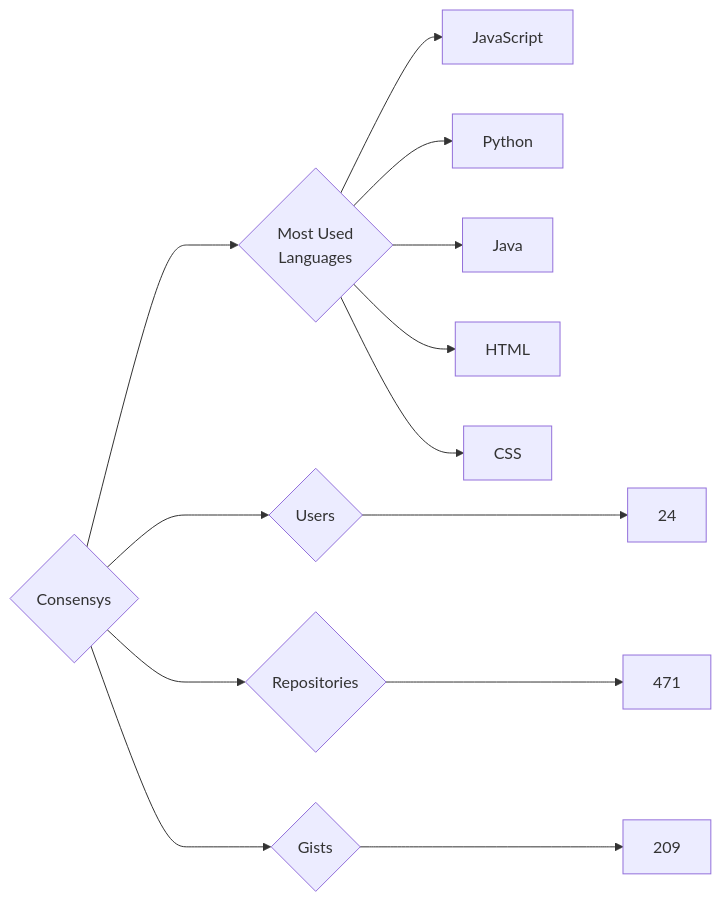
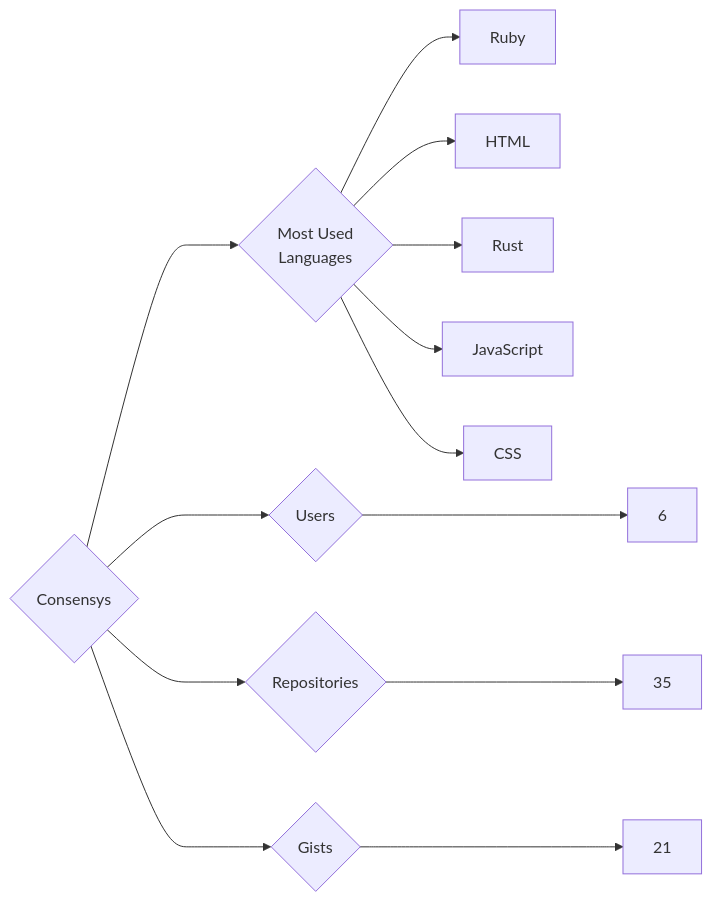
One commit to trickest/insiders changed the diagram in targets/Consensys/README.md. Above: the diagram before and after it, drawn with Mermaid. The commit also changed 934 other files, not shown here.

````diff
--- a/targets/Consensys/README.md
+++ b/targets/Consensys/README.md
@@ -3,13 +3,13 @@
 ```mermaid
 graph LR
 COMPANY_NAME{Consensys}
-COMPANY_NAME ---> U{Users} ---> UN[24]
-COMPANY_NAME ---> R{Repositories} ---> RN[471]
-COMPANY_NAME ---> G{Gists} ---> GN[209]
+COMPANY_NAME ---> U{Users} ---> UN[6]
+COMPANY_NAME ---> R{Repositories} ---> RN[35]
+COMPANY_NAME ---> G{Gists} ---> GN[21]
 COMPANY_NAME ---> ML{Most Used<br>Languages}
+ML --> Ruby[Ruby]
+ML --> HTML[HTML]
+ML --> Rust[Rust]
 ML --> JavaScript[JavaScript]
-ML --> Python[Python]
-ML --> Java[Java]
-ML --> HTML[HTML]
 ML --> CSS[CSS]
 ```
````
